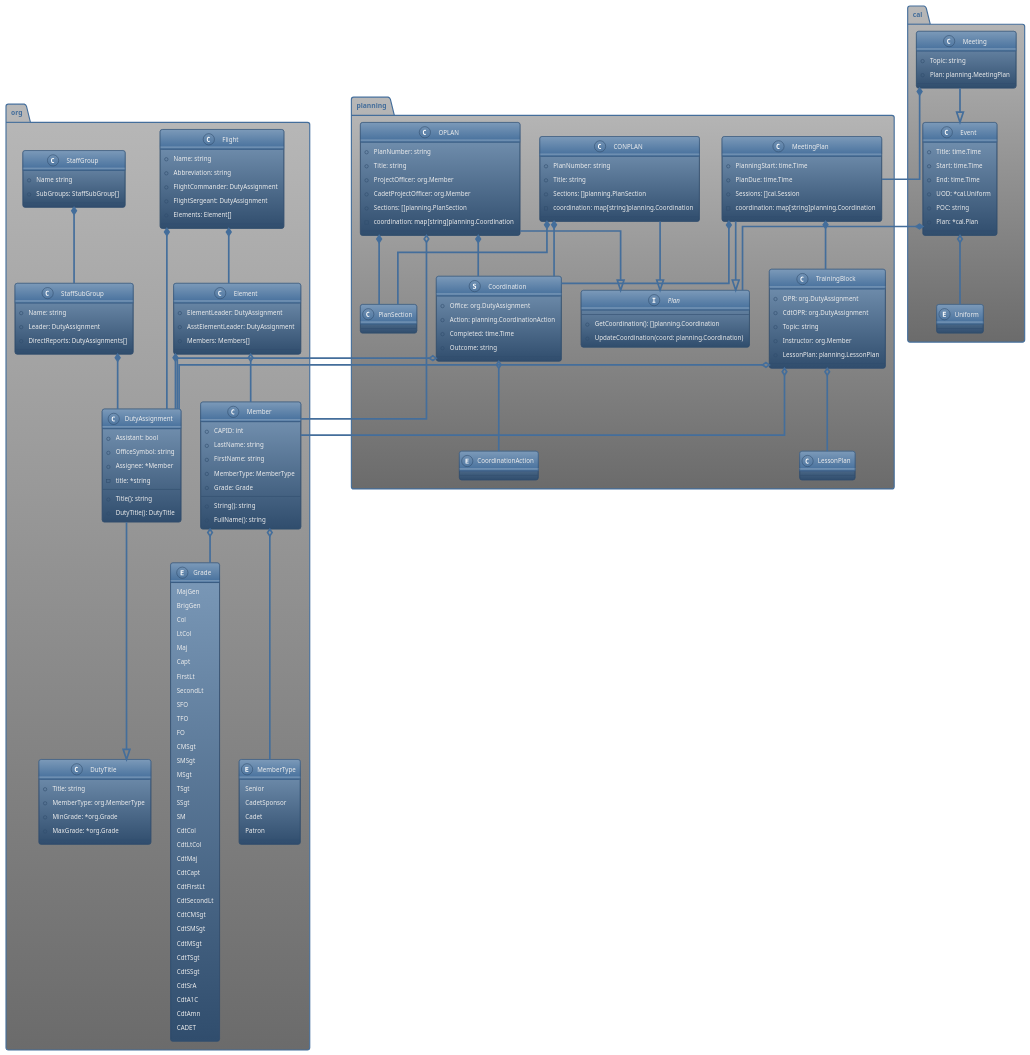
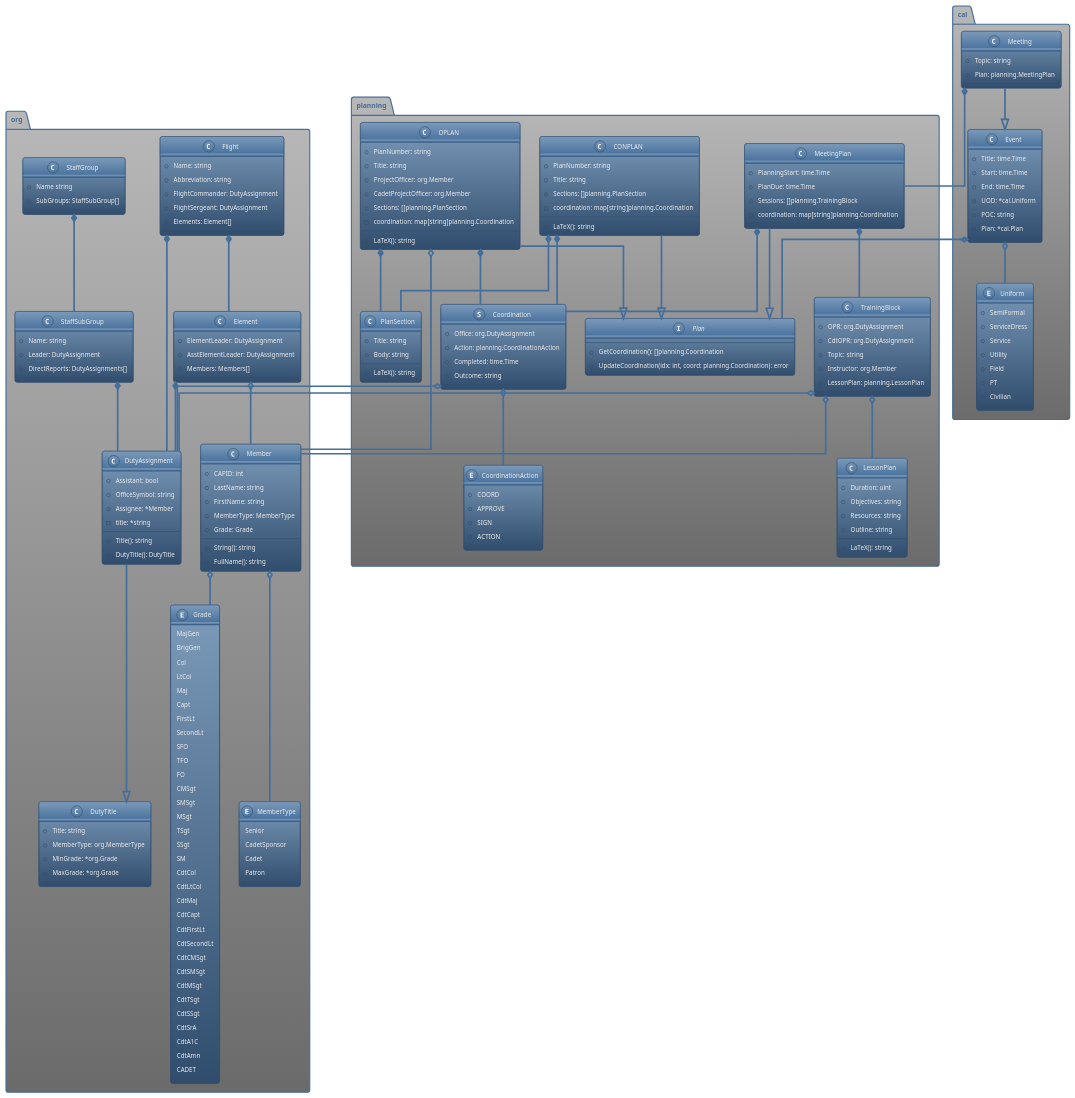
One commit to ut080/bcs-portal changed the diagram in docs/diagrams/domain_model.puml. Above: the diagram before and after it, drawn with PlantUML. The commit also changed 49 other files, not shown here.

```diff
--- a/docs/diagrams/domain_model.puml
+++ b/docs/diagrams/domain_model.puml
@@ -122,7 +122,15 @@
     Describes events and squadron meetings.
 '/
 
-enum cal.Uniform
+enum cal.Uniform {
+    +SemiFormal
+    +ServiceDress
+    +Service
+    +Utility
+    +Field
+    +PT
+    +Civilian
+}
 
 class cal.Event {
     +Title: time.Time
@@ -149,12 +157,17 @@
 
     Coordinates planning events.
 '/
-enum planning.CoordinationAction
+enum planning.CoordinationAction {
+    +COORD
+    +APPROVE
+    +SIGN
+    +ACTION
+}
 
 interface planning.Plan {
 --
     +GetCoordination(): []planning.Coordination
-    +UpdateCoordination(coord: planning.Coordination)
+    +UpdateCoordination(idx: int, coord: planning.Coordination): error
 }
 
 struct planning.Coordination {
@@ -169,15 +182,23 @@
     +Title: string
     +Sections: []planning.PlanSection
     -coordination: map[string]planning.Coordination
+--
+    +LaTeX(): string
 }
 
 class planning.LessonPlan {
+    +Duration: uint
+    +Objectives: string
+    +Resources: string
+    +Outline: string
+--
+    +LaTeX(): string
 }
 
 class planning.MeetingPlan {
     +PlanningStart: time.Time
     +PlanDue: time.Time
-    +Sessions: []cal.Session
+    +Sessions: []planning.TrainingBlock
     -coordination: map[string]planning.Coordination
 }
 
@@ -188,9 +209,15 @@
     +CadetProjectOfficer: org.Member
     +Sections: []planning.PlanSection
     -coordination: map[string]planning.Coordination
+--
+    +LaTeX(): string
 }
 
 class planning.PlanSection {
+    +Title: string
+    +Body: string
+--
+    +LaTeX(): string
 }
 
 class planning.TrainingBlock {
```
